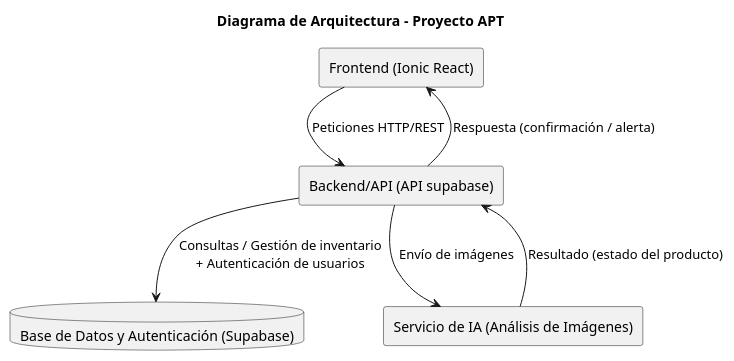
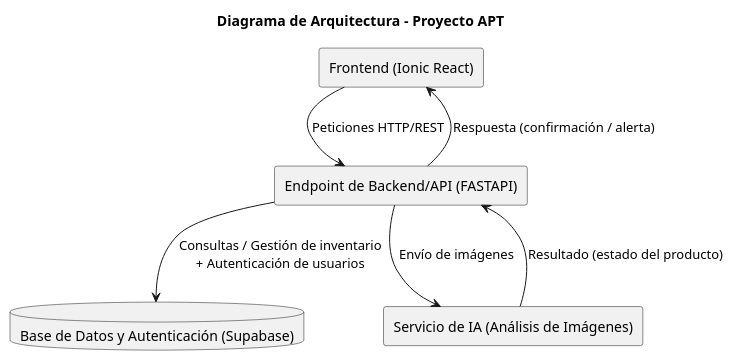
The diagram in inventario-app/docs/diagramas/Diagrama_de_arquitectura.puml (Tihare-Campusano/NEXA), drawn with PlantUML before and after one commit. The commit also changed 10 other files, not shown here.

```diff
--- a/inventario-app/docs/diagramas/Diagrama_de_arquitectura.puml
+++ b/inventario-app/docs/diagramas/Diagrama_de_arquitectura.puml
@@ -1,15 +1,15 @@
 @startuml Diagrama_de_arquitectura
 title Diagrama de Arquitectura - Proyecto APT
 
 rectangle "Frontend (Ionic React)" as FE
-rectangle "Backend/API (API supabase)" as BE
+rectangle "Endpoint de Backend/API (FASTAPI)" as BE
 database "Base de Datos y Autenticación (Supabase)" as DB
 rectangle "Servicio de IA (Análisis de Imágenes)" as IA
 
 FE --> BE : Peticiones HTTP/REST
 BE --> DB : Consultas / Gestión de inventario\n+ Autenticación de usuarios
 BE --> IA : Envío de imágenes
 IA --> BE : Resultado (estado del producto)
 BE --> FE : Respuesta (confirmación / alerta)
 
 @enduml
```
